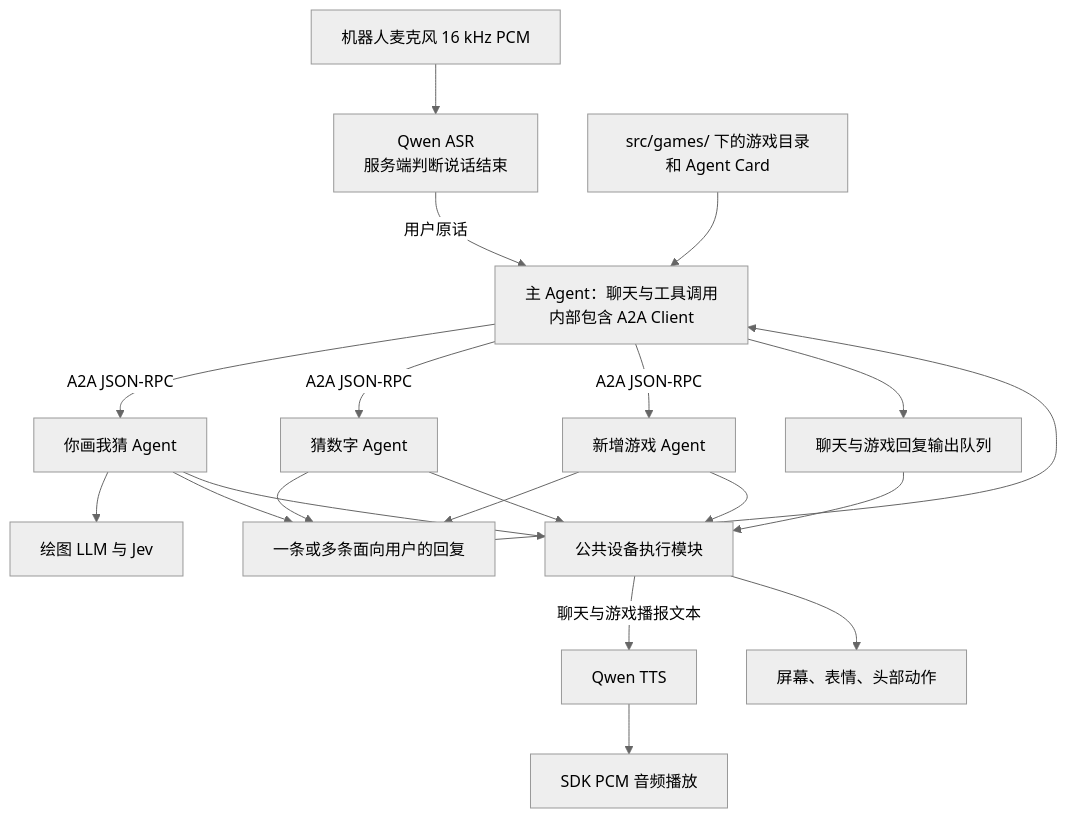
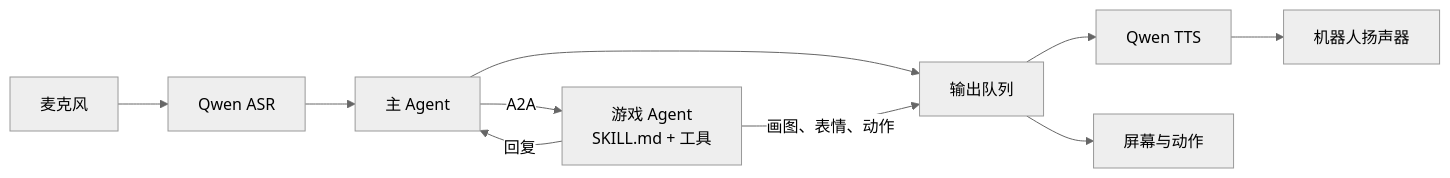
The diagram in README.md (left0ver/agentcade), drawn with Mermaid (neutral theme) before and after one commit. The commit also changed other lines of this file and 1 other file, not shown here.

````diff
--- a/README.md
+++ b/README.md
@@ -212,22 +116,10 @@
 ```mermaid
-flowchart TD
-    Mic[机器人麦克风 16 kHz PCM] --> ASR[Qwen ASR\n服务端判断说话结束]
-    ASR -->|用户原话| Main[主 Agent：聊天与工具调用\n内部包含 A2A Client]
-    Catalog[src/games/ 下的游戏目录和 Agent Card] --> Main
-    Main -->|A2A JSON-RPC| Animal[你画我猜 Agent]
-    Main -->|A2A JSON-RPC| Number[猜数字 Agent]
-    Main -->|A2A JSON-RPC| Extension[新增游戏 Agent]
-    Animal --> Drawing[绘图 LLM 与 Jev]
-    Animal --> Result[一条或多条面向用户的回复]
-    Number --> Result
-    Extension --> Result
-    Main --> Queue[聊天与游戏回复输出队列]
-    Queue --> Output[公共设备执行模块]
-    Animal --> Output
-    Number --> Output
-    Extension --> Output
-    Result --> Main
-    Output -->|聊天与游戏播报文本| Speech[Qwen TTS]
-    Speech --> Audio[SDK PCM 音频播放]
-    Output --> Device[屏幕、表情、头部动作]
+flowchart LR
+    Mic[麦克风] --> ASR[Qwen ASR] --> Main[主 Agent]
+    Main -->|A2A| Games[游戏 Agent<br/>SKILL.md + 工具]
+    Games -->|回复| Main
+    Main --> Output[输出队列]
+    Games -->|画图、表情、动作| Output
+    Output --> TTS[Qwen TTS] --> Speaker[机器人扬声器]
+    Output --> Screen[屏幕与动作]
 ```
````
